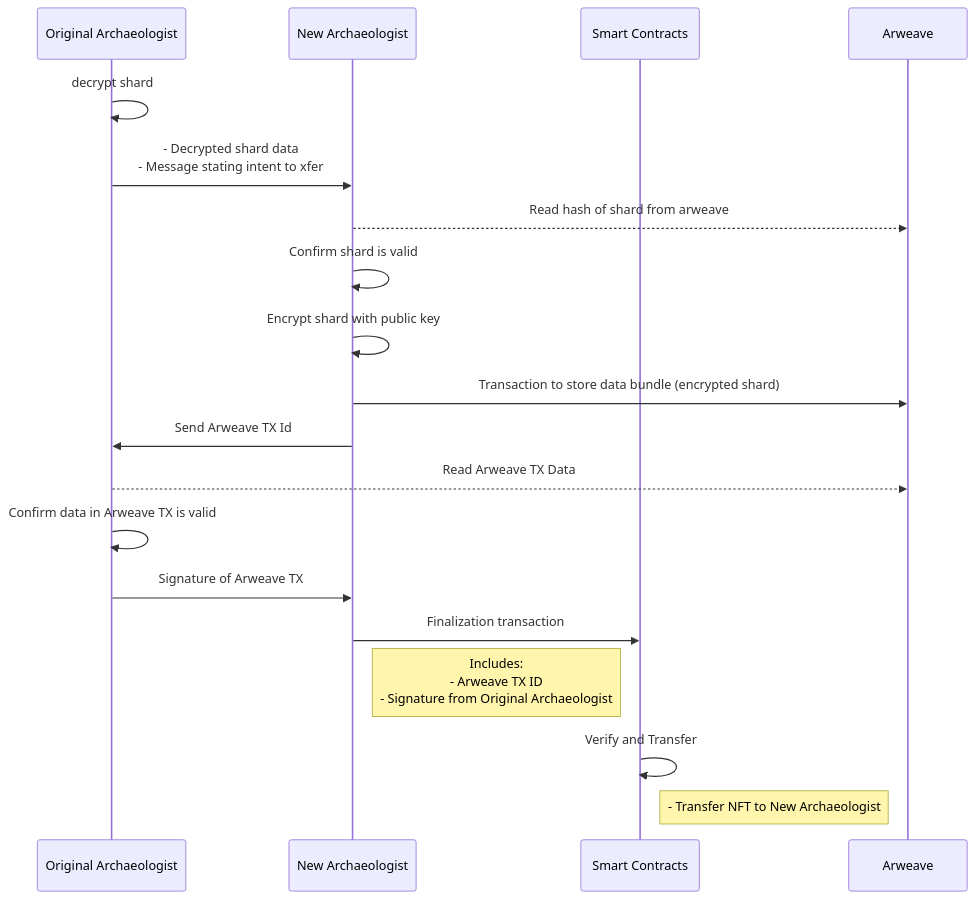
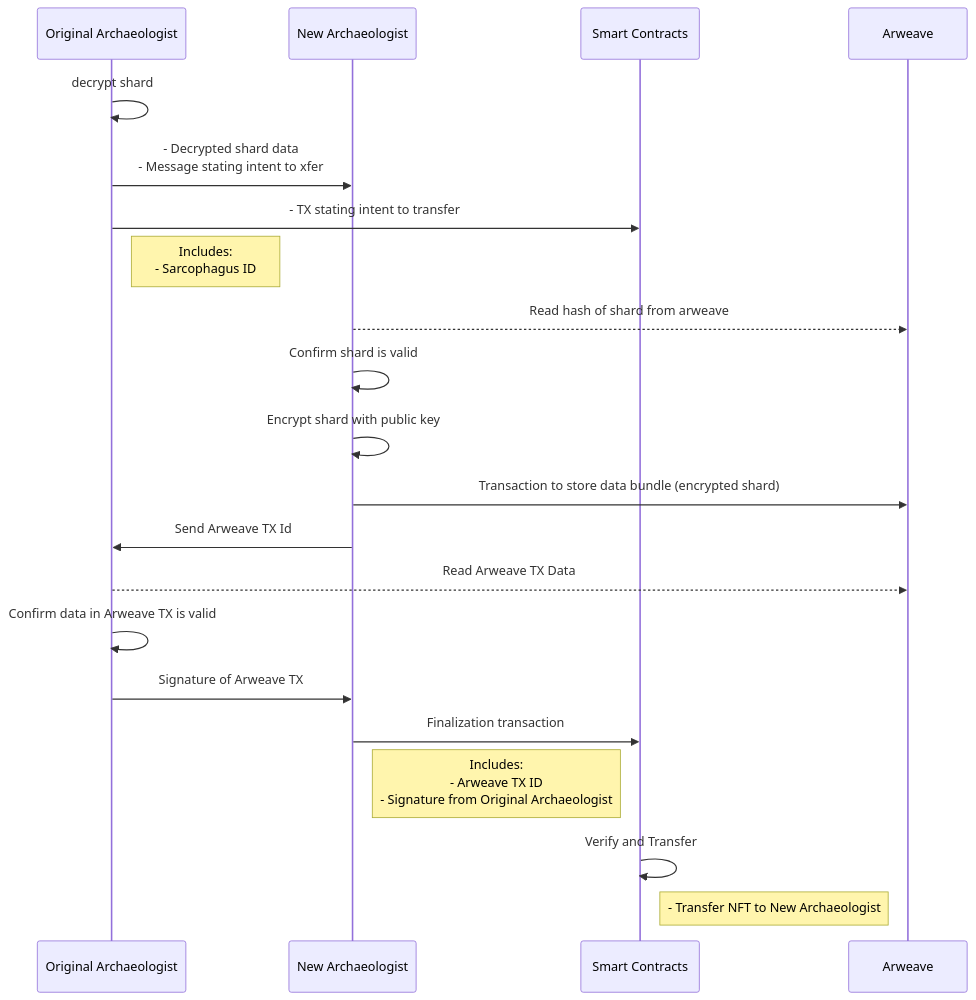
One commit to sarcophagus-org/sarcophagus-v2-specs changed the diagram in transfer-sarcophagus-rights-and-responsibilities.md. Above: the diagram before and after it, drawn with Mermaid. The commit also changed 2 other files, not shown here.

Commit message:
revise a few areas

````diff
--- a/transfer-sarcophagus-rights-and-responsibilities.md
+++ b/transfer-sarcophagus-rights-and-responsibilities.md
@@ -1,35 +1,39 @@
 ```mermaid
 sequenceDiagram
   participant Original Archaeologist
   participant New Archaeologist
   participant Smart Contracts
   participant Arweave
 
   Original Archaeologist->>Original Archaeologist: decrypt shard
 
   Original Archaeologist->>New Archaeologist: - Decrypted shard data<br/>- Message stating intent to xfer
+  
+  Original Archaeologist->>Smart Contracts: - TX stating intent to transfer
+  
+  Note right of Original Archaeologist: Includes:<br/>- Sarcophagus ID
 
   New Archaeologist-->>Arweave: Read hash of shard from arweave
 
   New Archaeologist->>New Archaeologist: Confirm shard is valid
 
   New Archaeologist->>New Archaeologist: Encrypt shard with public key
 
   New Archaeologist->>Arweave: Transaction to store data bundle (encrypted shard)
 
   New Archaeologist->>Original Archaeologist: Send Arweave TX Id
   
   Original Archaeologist-->>Arweave: Read Arweave TX Data
   
   Original Archaeologist->>Original Archaeologist: Confirm data in Arweave TX is valid
   
   Original Archaeologist->>New Archaeologist: Signature of Arweave TX
 
   New Archaeologist->>Smart Contracts: Finalization transaction
 
   Note right of New Archaeologist: Includes:<br/>- Arweave TX ID<br/>- Signature from Original Archaeologist
 
   Smart Contracts->>Smart Contracts: Verify and Transfer
 
   Note right of Smart Contracts: - Transfer NFT to New Archaeologist
 ```
````
